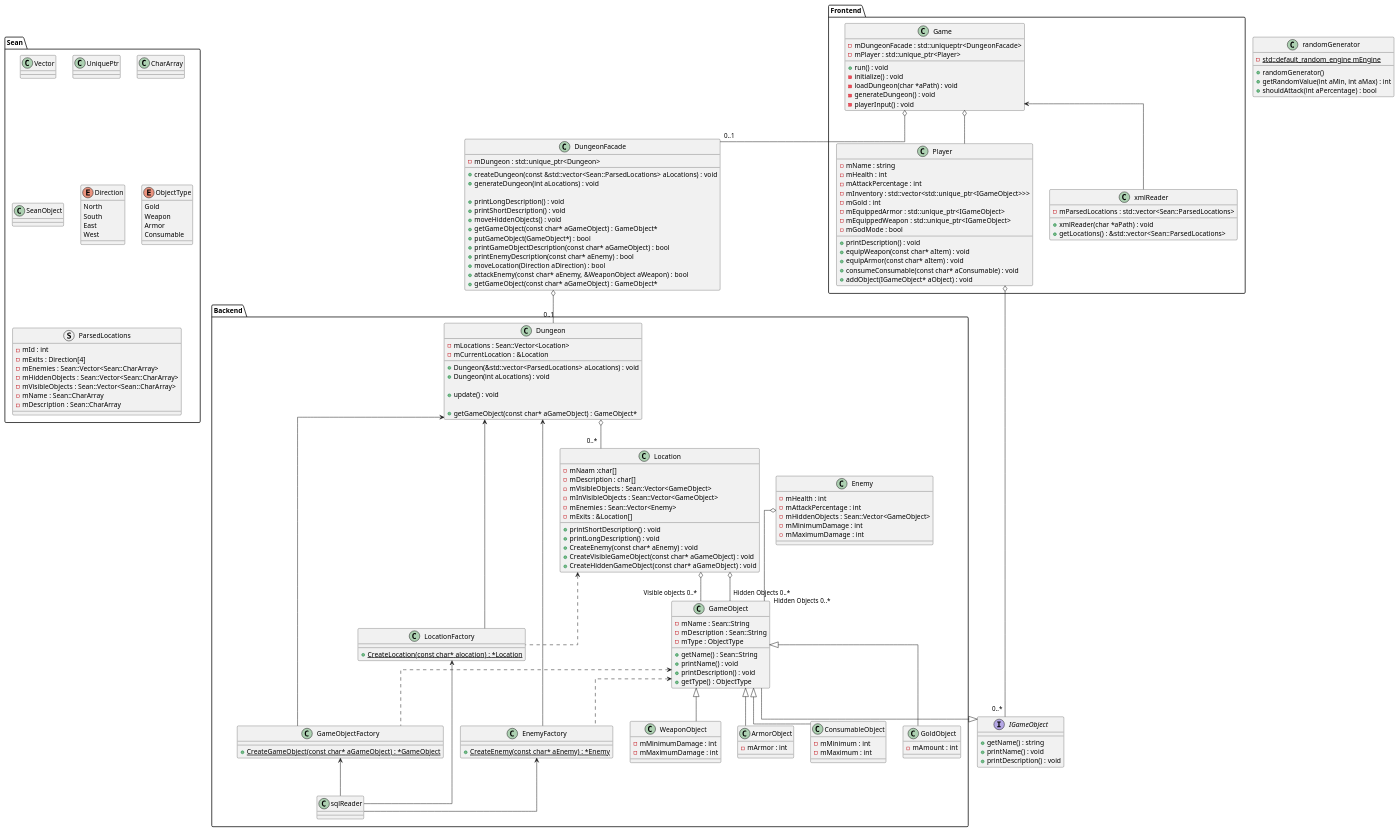
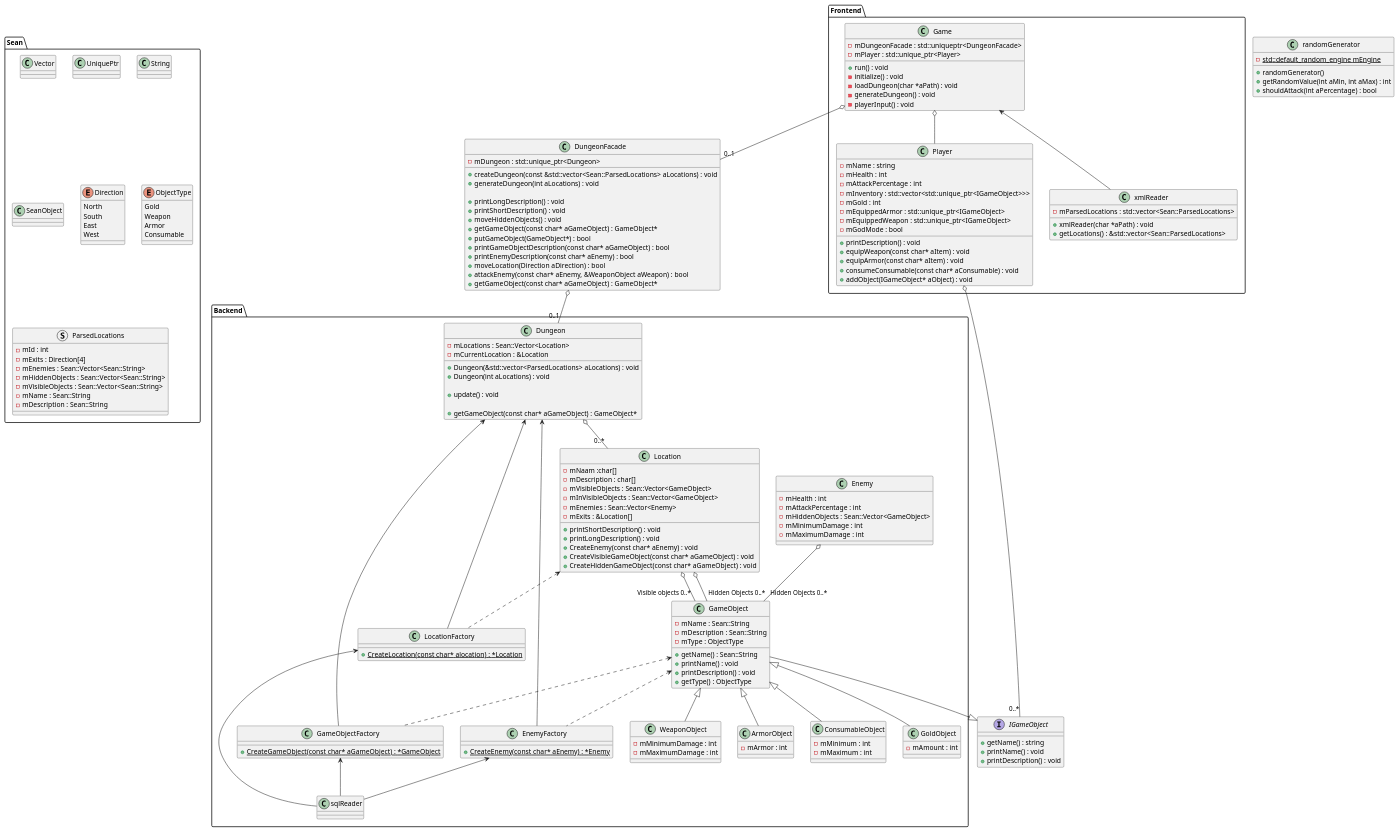
The diagram in docs/classDiagram/class.puml (heavydragon99/CPP_Assessment), drawn with PlantUML before and after one commit. The commit also changed 3 other files, not shown here.

```diff
--- a/docs/classDiagram/class.puml
+++ b/docs/classDiagram/class.puml
@@ -6,7 +6,7 @@
 ' skinparam classFontColor White
 ' skinparam classAttributeIconColor White
 ' skinparam classArrowColor White
-skinparam linetype ortho
+' skinparam linetype ortho
 
 package "Sean"{
     class Vector{
@@ -15,7 +15,7 @@
 
     class UniquePtr{}
 
-    class CharArray{}
+    class String{}
 
     class SeanObject{}
 
@@ -36,11 +36,11 @@
     struct ParsedLocations{
         - mId : int
         - mExits : Direction[4]
-        - mEnemies : Sean::Vector<Sean::CharArray>
-        - mHiddenObjects : Sean::Vector<Sean::CharArray>
-        - mVisibleObjects : Sean::Vector<Sean::CharArray>
-        - mName : Sean::CharArray
-        - mDescription : Sean::CharArray
+        - mEnemies : Sean::Vector<Sean::String>
+        - mHiddenObjects : Sean::Vector<Sean::String>
+        - mVisibleObjects : Sean::Vector<Sean::String>
+        - mName : Sean::String
+        - mDescription : Sean::String
     }
 }
 
```
